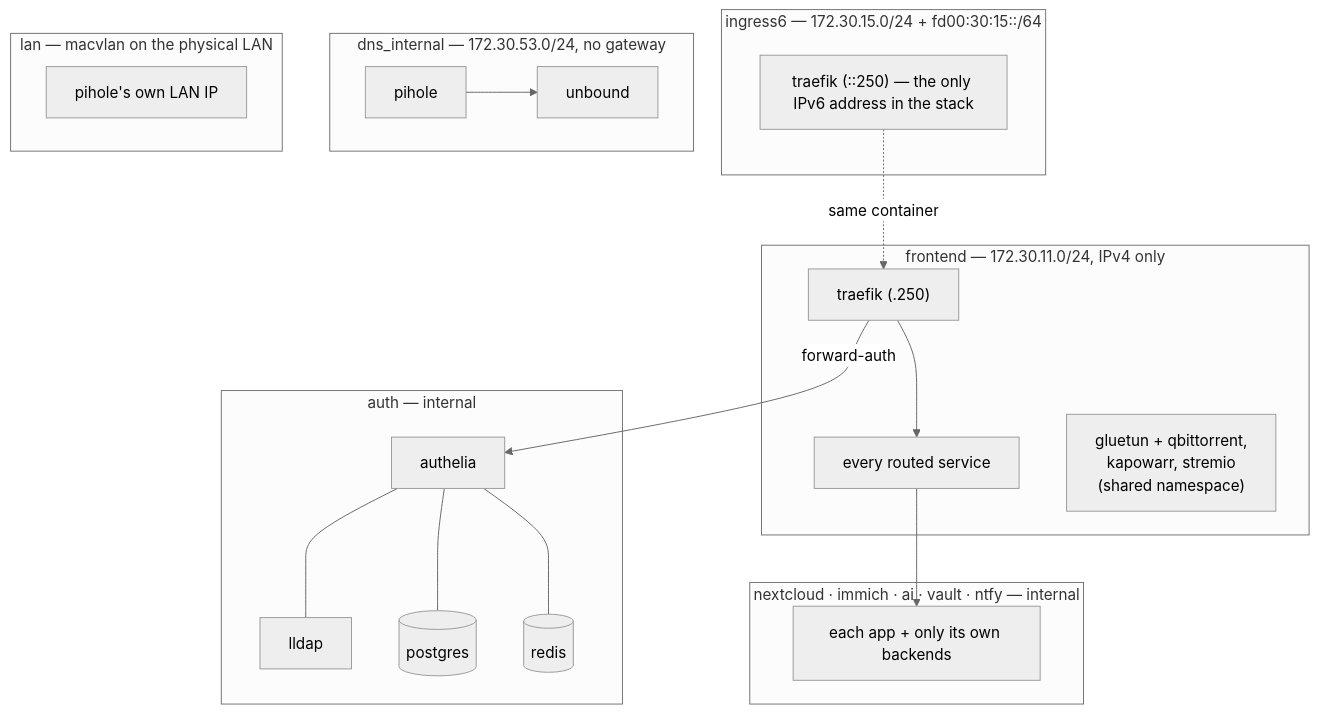
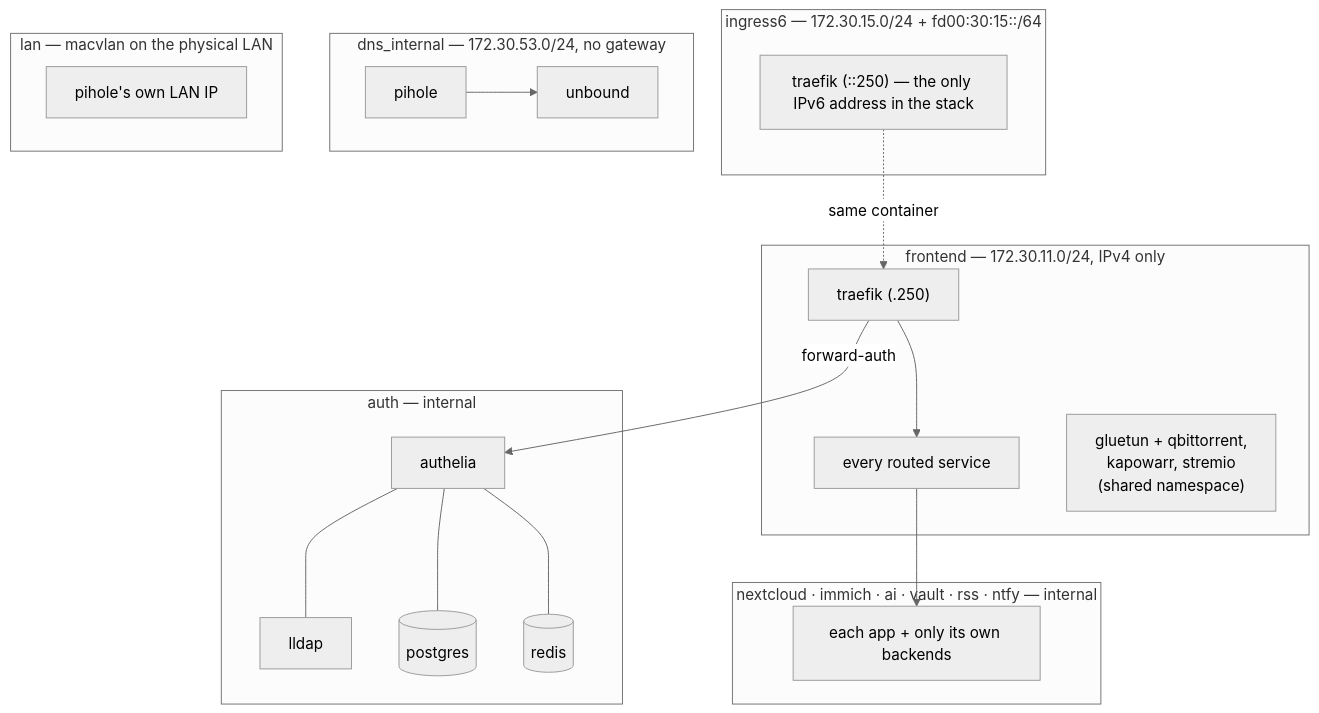
Before and after one commit to florianajir/pi-pcloud: the second of 2 diagrams in docs/ARCHITECTURE.md, drawn with Mermaid (neutral theme). The commit also changed other lines of this file and 17 other files, not shown here.

````diff
--- a/docs/ARCHITECTURE.md
+++ b/docs/ARCHITECTURE.md
@@ -97,30 +98,30 @@
 ```mermaid
 flowchart TB
     subgraph ingress6_net["ingress6 — 172.30.15.0/24 + fd00:30:15::/64"]
         TraefikV6["traefik (::250) — the only IPv6 address in the stack"]
     end
     subgraph frontend["frontend — 172.30.11.0/24, IPv4 only"]
         Traefik["traefik (.250)"]
         Services["every routed service"]
         Gluetun["gluetun + qbittorrent,\nkapowarr, stremio\n(shared namespace)"]
     end
     subgraph auth["auth — internal"]
         AutheliaB[authelia] --- LLDAP[lldap]
         AutheliaB --- PG_Auth[(postgres)]
         AutheliaB --- Redis_Auth[(redis)]
     end
-    subgraph app["nextcloud · immich · ai · vault · ntfy — internal"]
+    subgraph app["nextcloud · immich · ai · vault · rss · ntfy — internal"]
         App["each app + only its own backends"]
     end
     subgraph dns["dns_internal — 172.30.53.0/24, no gateway"]
         PH[pihole] --> UB[unbound]
     end
     subgraph lan_net["lan — macvlan on the physical LAN"]
         PH_LAN["pihole's own LAN IP"]
     end
 
     TraefikV6 -.->|same container| Traefik
     Traefik --> Services
     Traefik -->|forward-auth| AutheliaB
     Services --> App
 ```
````
